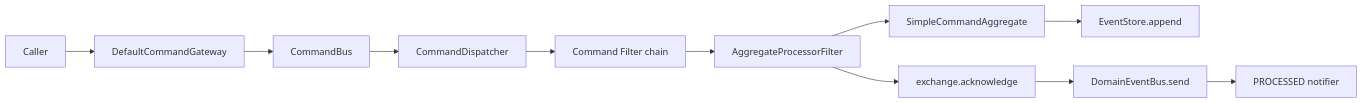
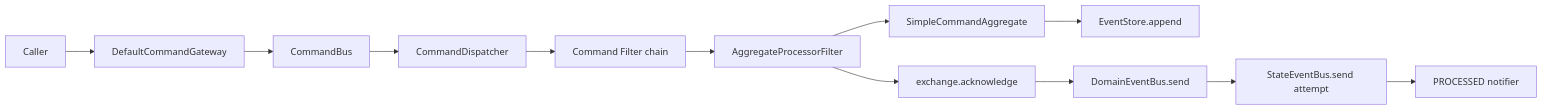
The diagram in documentation/docs/en/guide/command/internals/pipeline.md (Ahoo-Wang/Wow), drawn with Mermaid before and after one commit. The commit also changed other lines of this file and 1 other file, not shown here.

Commit message:
docs: clarify state event pipeline

````diff
--- a/documentation/docs/en/guide/command/internals/pipeline.md
+++ b/documentation/docs/en/guide/command/internals/pipeline.md
@@ -13,13 +13,14 @@
 ```mermaid
 flowchart LR
     Caller --> Gateway[DefaultCommandGateway]
     Gateway --> Bus[CommandBus]
     Bus --> Dispatcher[CommandDispatcher]
     Dispatcher --> Handler[Command Filter chain]
     Handler --> Processor[AggregateProcessorFilter]
     Processor --> Aggregate[SimpleCommandAggregate]
     Aggregate --> Store[EventStore.append]
     Processor --> Ack[exchange.acknowledge]
     Ack --> EventBus[DomainEventBus.send]
-    EventBus --> Processed[PROCESSED notifier]
+    EventBus --> StateBus[StateEventBus.send attempt]
+    StateBus --> Processed[PROCESSED notifier]
 ```
````
